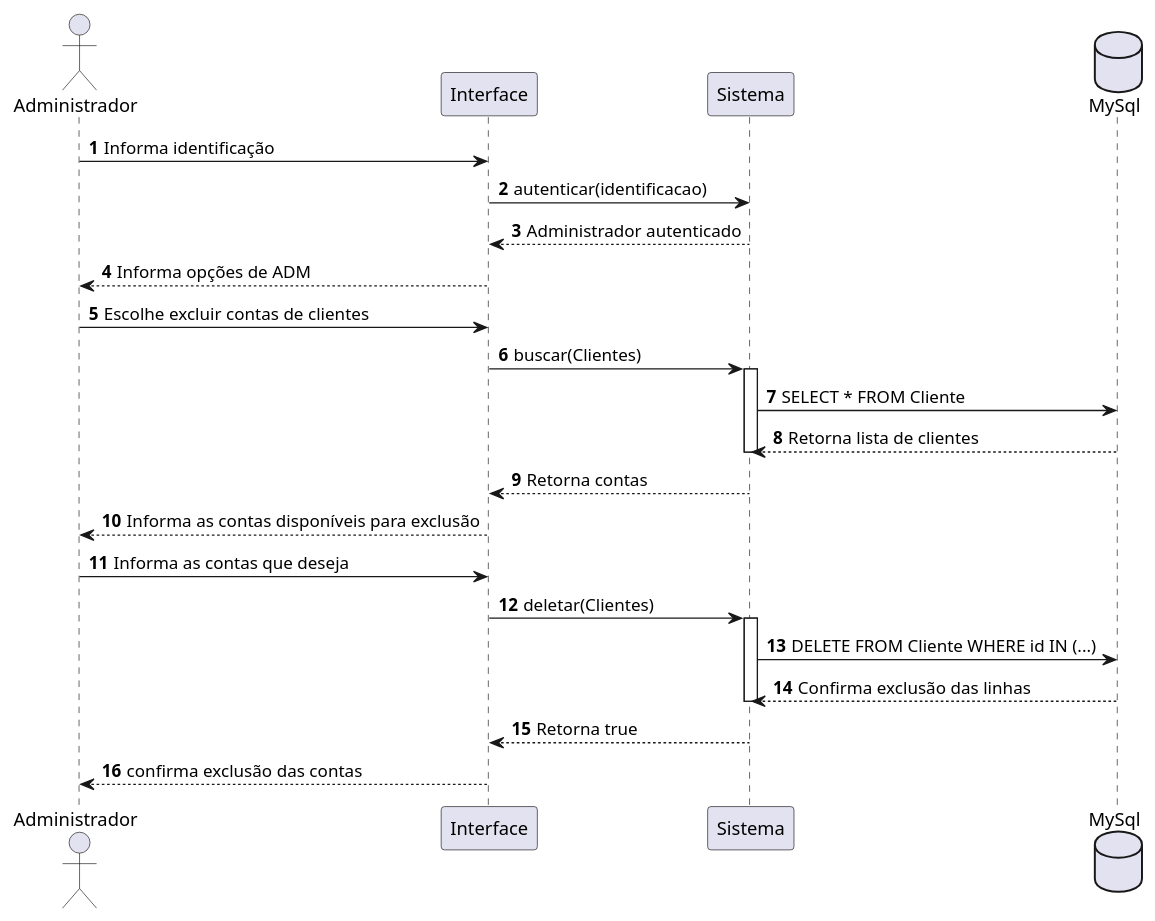
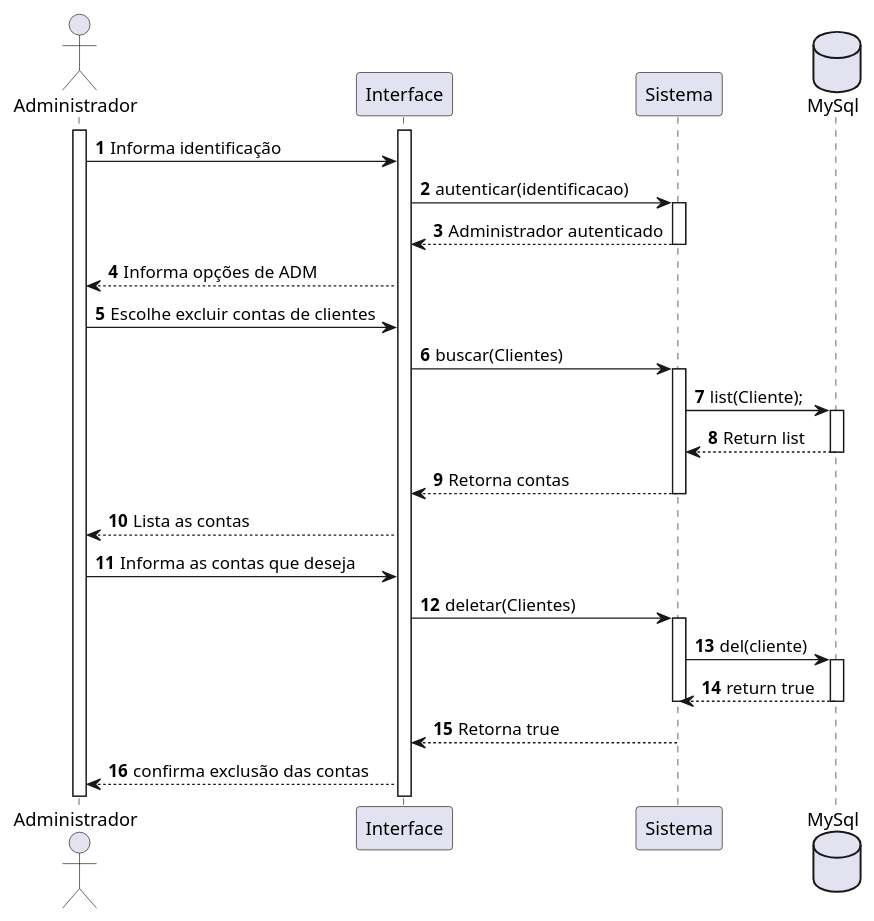
One commit to Gnunes27/Projeto-DSC changed the eighth of 8 diagrams in Documentação/Diagramas/Diagramas de Sequencia/Script Diagramas de Sequencia.md. Above: the diagram before and after it, drawn with PlantUML. The commit also changed other lines of this file, not shown here.

Commit message:
Refatorando diagramas de sequência e atualizando interações

````diff
--- a/Documentação/Diagramas/Diagramas de Sequencia/Script Diagramas de Sequencia.md
+++ b/Documentação/Diagramas/Diagramas de Sequencia/Script Diagramas de Sequencia.md
@@ -337,35 +414,44 @@
 ```plantuml
 @startuml
 autonumber
 
 actor "Administrador" as Adm
 participant "Interface" as Tela
 participant "Sistema" as Sis
 database "MySql" as BD
 
+activate Adm
+activate Tela
+
 Adm -> Tela: Informa identificação
 Tela -> Sis: autenticar(identificacao)
+activate Sis
 Sis --> Tela: Administrador autenticado
+deactivate Sis
 Tela --> Adm: Informa opções de ADM
 
 Adm -> Tela: Escolhe excluir contas de clientes
 Tela -> Sis: buscar(Clientes)
 activate Sis
-Sis -> BD: SELECT * FROM Cliente
-BD --> Sis: Retorna lista de clientes
+Sis -> BD:list(Cliente);
+activate BD
+BD --> Sis: Return list
+deactivate BD
+Sis --> Tela: Retorna contas
 deactivate Sis
-Sis --> Tela: Retorna contas 
-Tela --> Adm: Informa as contas disponíveis para exclusão
+Tela --> Adm: Lista as contas
 
 Adm -> Tela: Informa as contas que deseja 
 Tela -> Sis: deletar(Clientes)
 activate Sis
-Sis -> BD: DELETE FROM Cliente WHERE id IN (...)
-BD --> Sis: Confirma exclusão das linhas
+Sis -> BD: del(cliente)
+activate BD
+BD --> Sis: return true
+deactivate BD
 deactivate Sis
 
 Sis --> Tela: Retorna true
 Tela --> Adm: confirma exclusão das contas
 
 @enduml
 ```
````
